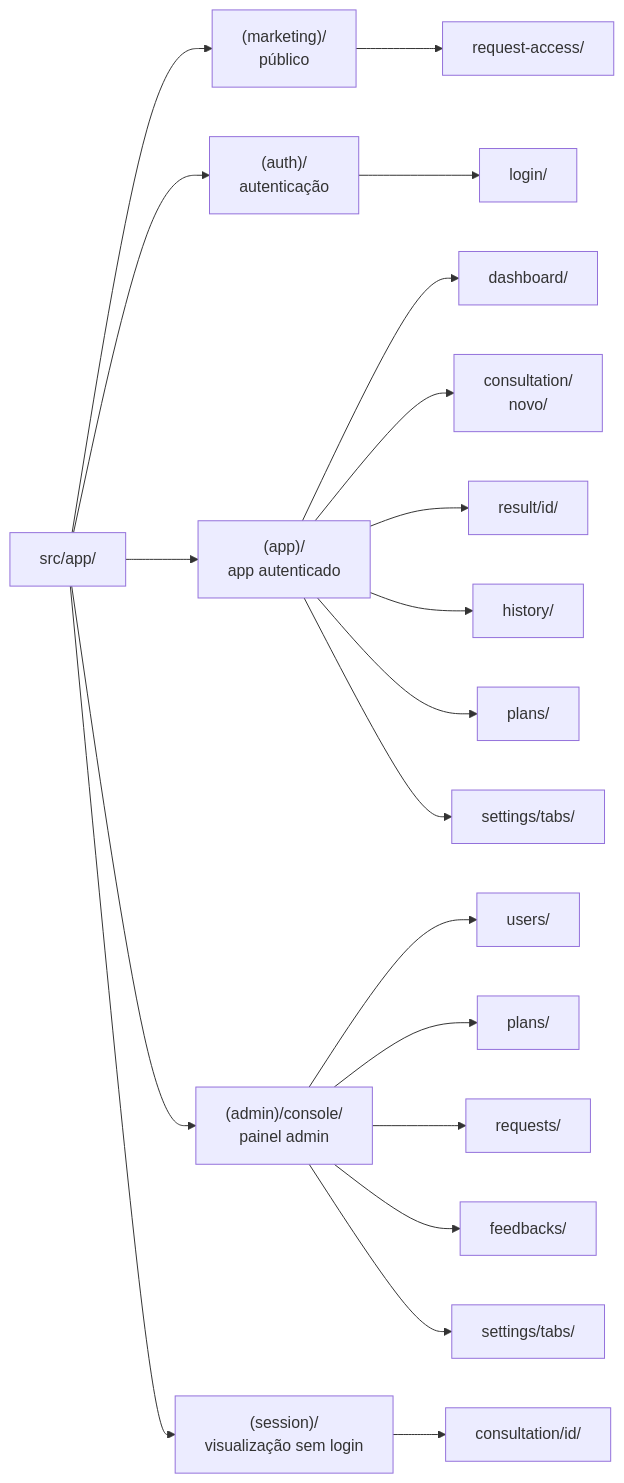
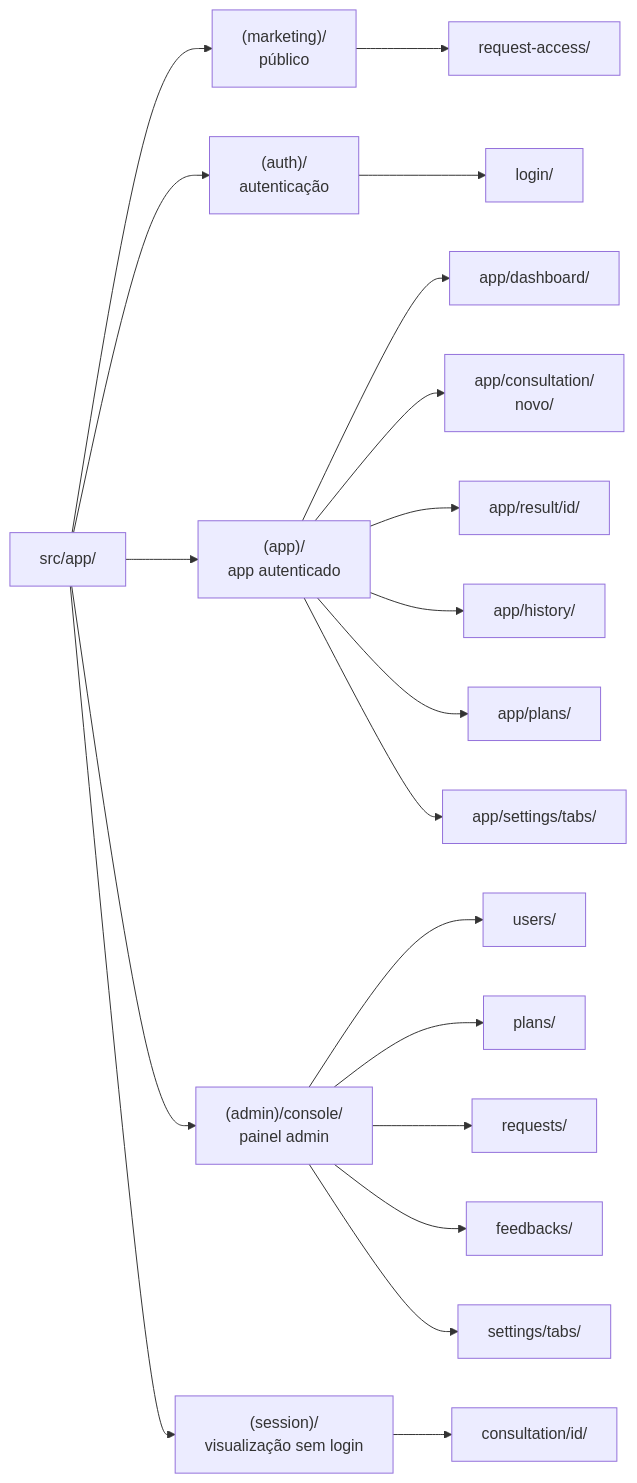
Before and after one commit to Startiatech/anamnsese-ia: the second of 12 diagrams in docs/architecture.md, drawn with Mermaid. The commit also changed other lines of this file and 53 other files, not shown here.

````diff
--- a/docs/architecture.md
+++ b/docs/architecture.md
@@ -33,29 +33,29 @@
 ```mermaid
 flowchart LR
     APP[src/app/]
 
     APP --> MK["(marketing)/\npúblico"]
     APP --> AU["(auth)/\nautenticação"]
     APP --> AP["(app)/\napp autenticado"]
     APP --> AD["(admin)/console/\npainel admin"]
     APP --> SS["(session)/\nvisualização sem login"]
 
     MK --> MK1[request-access/]
 
     AU --> AU1[login/]
 
-    AP --> AP1[dashboard/]
-    AP --> AP2[consultation/\nnovo/]
-    AP --> AP3[result/id/]
-    AP --> AP4[history/]
-    AP --> AP5[plans/]
-    AP --> AP6[settings/tabs/]
+    AP --> AP1[app/dashboard/]
+    AP --> AP2[app/consultation/\nnovo/]
+    AP --> AP3[app/result/id/]
+    AP --> AP4[app/history/]
+    AP --> AP5[app/plans/]
+    AP --> AP6[app/settings/tabs/]
 
     AD --> AD1[users/]
     AD --> AD2[plans/]
     AD --> AD3[requests/]
     AD --> AD4[feedbacks/]
     AD --> AD5[settings/tabs/]
 
     SS --> SS1[consultation/id/]
 ```
````
